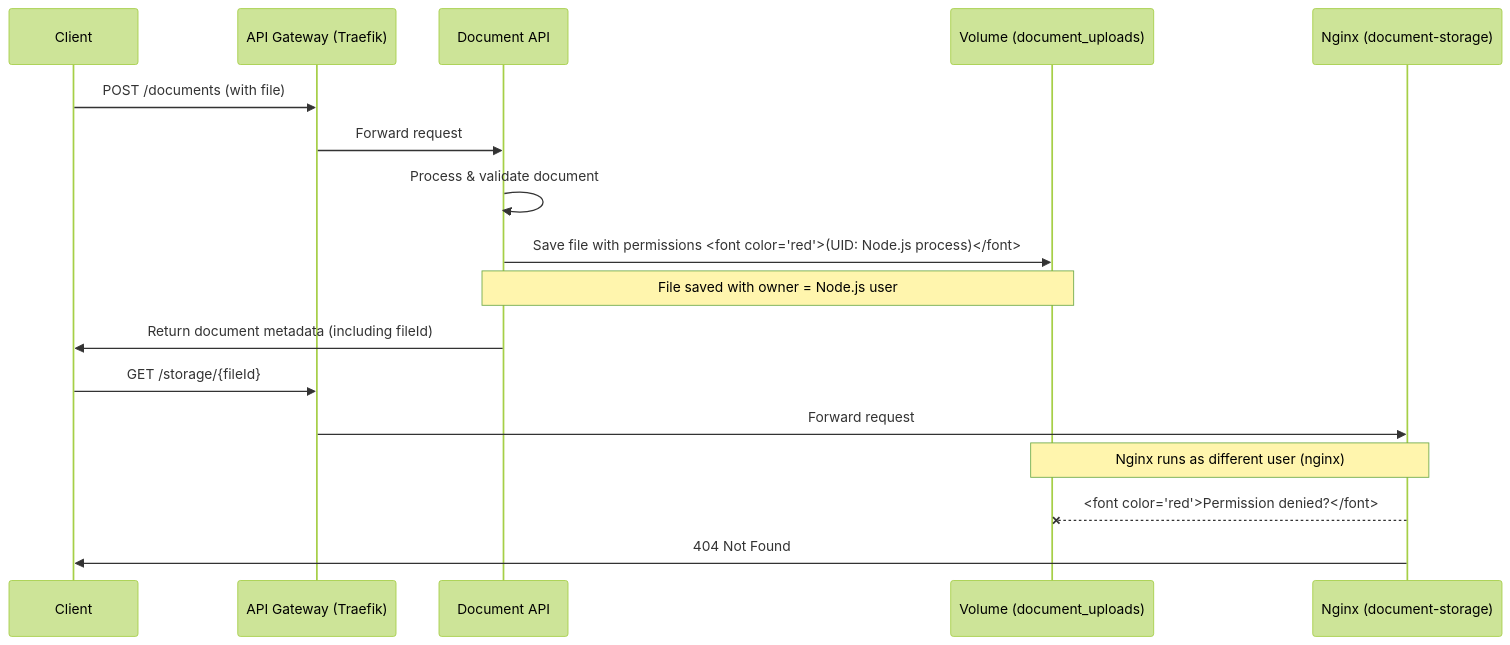
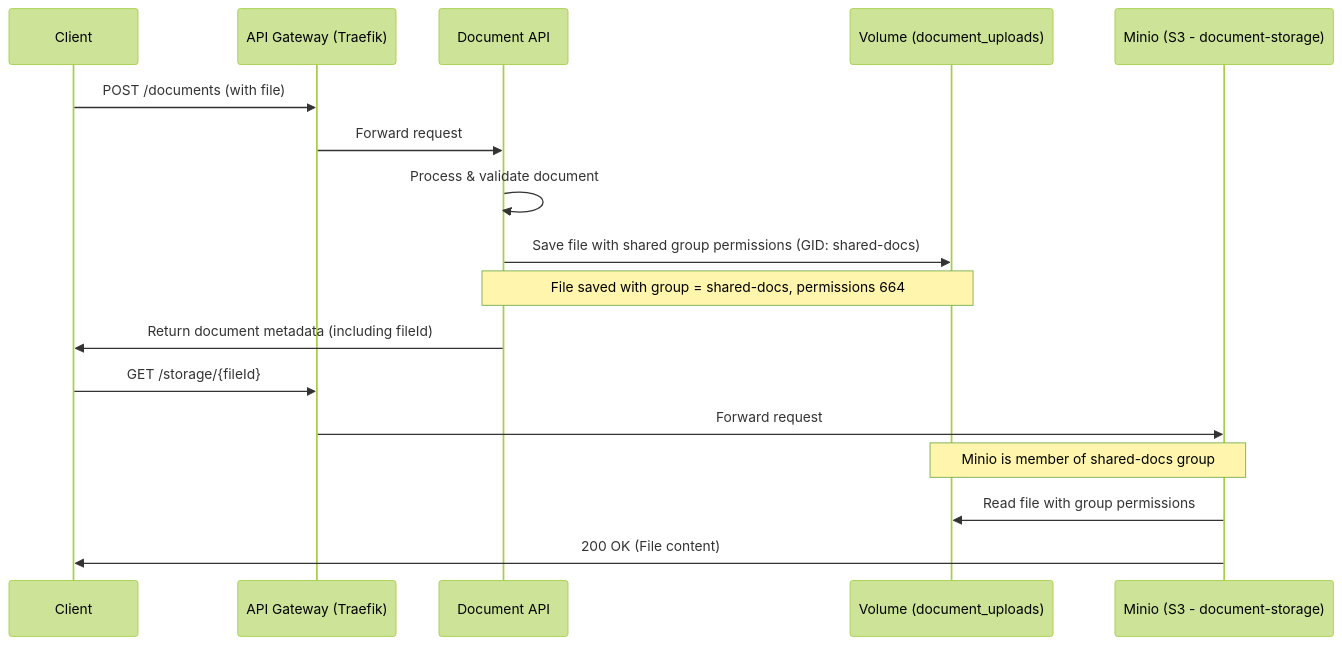
The third of 3 diagrams in docs/architecture/C3-ApiGateway.md (josuedanielbust/docucol), drawn with Mermaid (forest theme) before and after one commit. The commit also changed other lines of this file and 12 other files, not shown here.

````diff
--- a/docs/architecture/C3-ApiGateway.md
+++ b/docs/architecture/C3-ApiGateway.md
@@ -52,21 +57,21 @@
 ```mermaid
 sequenceDiagram
     participant C as Client
     participant G as API Gateway (Traefik)
     participant D as Document API
     participant V as Volume (document_uploads)
-    participant N as Nginx (document-storage)
+    participant N as Minio (S3 - document-storage)
     
     C->>G: POST /documents (with file)
     G->>D: Forward request
     D->>D: Process & validate document
-    D->>V: Save file with permissions <font color="red">(UID: Node.js process)</font>
-    Note over D,V: File saved with owner = Node.js user
+    D->>V: Save file with shared group permissions (GID: shared-docs)
+    Note over D,V: File saved with group = shared-docs, permissions 664
     D->>C: Return document metadata (including fileId)
     
     C->>G: GET /storage/{fileId}
     G->>N: Forward request
-    Note over N,V: Nginx runs as different user (nginx)
-    N--xV: <font color="red">Permission denied?</font>
-    N->>C: 404 Not Found
+    Note over N,V: Minio is member of shared-docs group
+    N->>V: Read file with group permissions
+    N->>C: 200 OK (File content)
 ```
````
